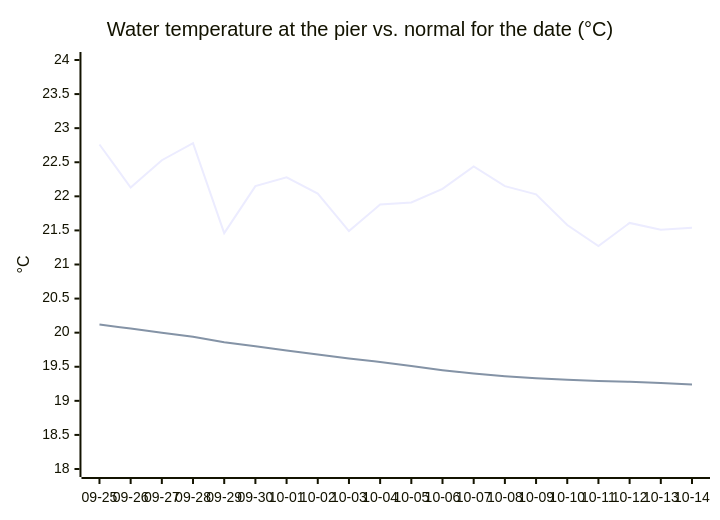
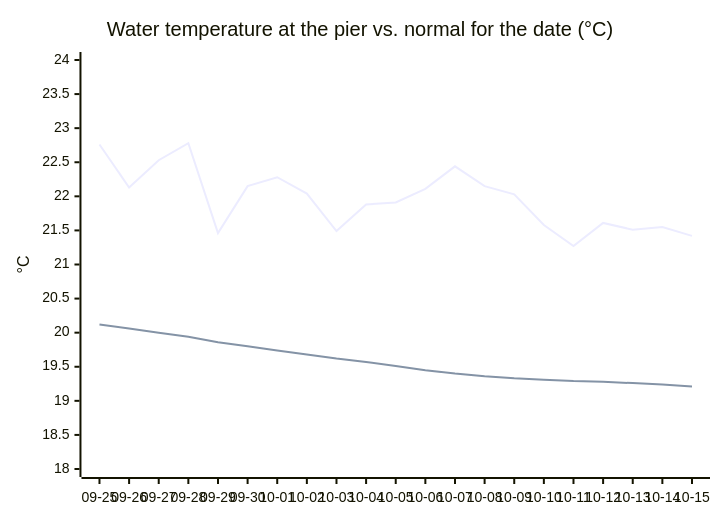
The third of 3 diagrams in README.md (joshuafrommeyer-35/PierTracker), drawn with Mermaid before and after one commit. The commit also changed other lines of this file and 5 other files, not shown here.

````diff
--- a/README.md
+++ b/README.md
@@ -160,8 +160,8 @@
 ```mermaid
 xychart-beta
     title "Water temperature at the pier vs. normal for the date (°C)"
-    x-axis ["09-25", "09-26", "09-27", "09-28", "09-29", "09-30", "10-01", "10-02", "10-03", "10-04", "10-05", "10-06", "10-07", "10-08", "10-09", "10-10", "10-11", "10-12", "10-13", "10-14"]
+    x-axis ["09-25", "09-26", "09-27", "09-28", "09-29", "09-30", "10-01", "10-02", "10-03", "10-04", "10-05", "10-06", "10-07", "10-08", "10-09", "10-10", "10-11", "10-12", "10-13", "10-14", "10-15"]
     y-axis "°C" 18 --> 24
-    line [22.76, 22.13, 22.53, 22.78, 21.46, 22.15, 22.28, 22.04, 21.49, 21.88, 21.91, 22.11, 22.44, 22.15, 22.03, 21.58, 21.27, 21.61, 21.51, 21.54]
-    line [20.12, 20.06, 20.0, 19.94, 19.86, 19.8, 19.74, 19.68, 19.62, 19.57, 19.51, 19.45, 19.4, 19.36, 19.33, 19.31, 19.29, 19.28, 19.26, 19.24]
+    line [22.76, 22.13, 22.53, 22.78, 21.46, 22.15, 22.28, 22.04, 21.49, 21.88, 21.91, 22.11, 22.44, 22.15, 22.03, 21.58, 21.27, 21.61, 21.51, 21.55, 21.42]
+    line [20.12, 20.06, 20.0, 19.94, 19.86, 19.8, 19.74, 19.68, 19.62, 19.57, 19.51, 19.45, 19.4, 19.36, 19.33, 19.31, 19.29, 19.28, 19.26, 19.24, 19.21]
 ```
````
